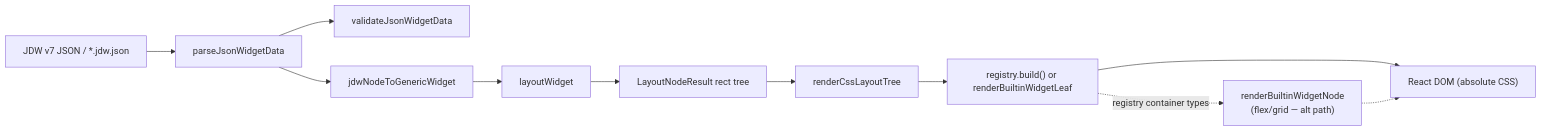
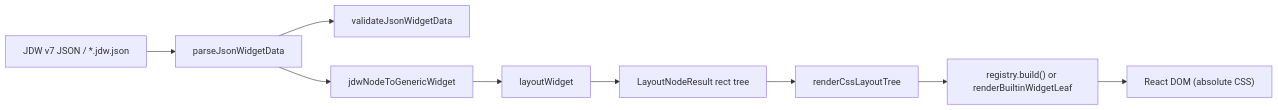
The second of 3 diagrams in docs/workbench/structural-review.md (NewChoBo/workbench-kit), drawn with Mermaid before and after one commit. The commit also changed other lines of this file and 8 other files, not shown here.

Commit message:
refactor(jdw): remove legacy builtin render wrapper

````diff
--- a/docs/workbench/structural-review.md
+++ b/docs/workbench/structural-review.md
@@ -141,24 +141,21 @@
 ```mermaid
 flowchart LR
   JSON["JDW v7 JSON / *.jdw.json"]
   PARSE["parseJsonWidgetData"]
   VALID["validateJsonWidgetData"]
   CONVERT["jdwNodeToGenericWidget"]
   LAYOUT["layoutWidget"]
   TREE["LayoutNodeResult rect tree"]
   CSS["renderCssLayoutTree"]
   LEAF["registry.build() or renderBuiltinWidgetLeaf"]
-  ALT["renderBuiltinWidgetNode<br/>(flex/grid — alt path)"]
   DOM["React DOM (absolute CSS)"]
 
   JSON --> PARSE
   PARSE --> VALID
   PARSE --> CONVERT
   CONVERT --> LAYOUT
   LAYOUT --> TREE
   TREE --> CSS
   CSS --> LEAF
-  LEAF -.->|registry container types| ALT
   LEAF --> DOM
-  ALT -.-> DOM
 ```
````
